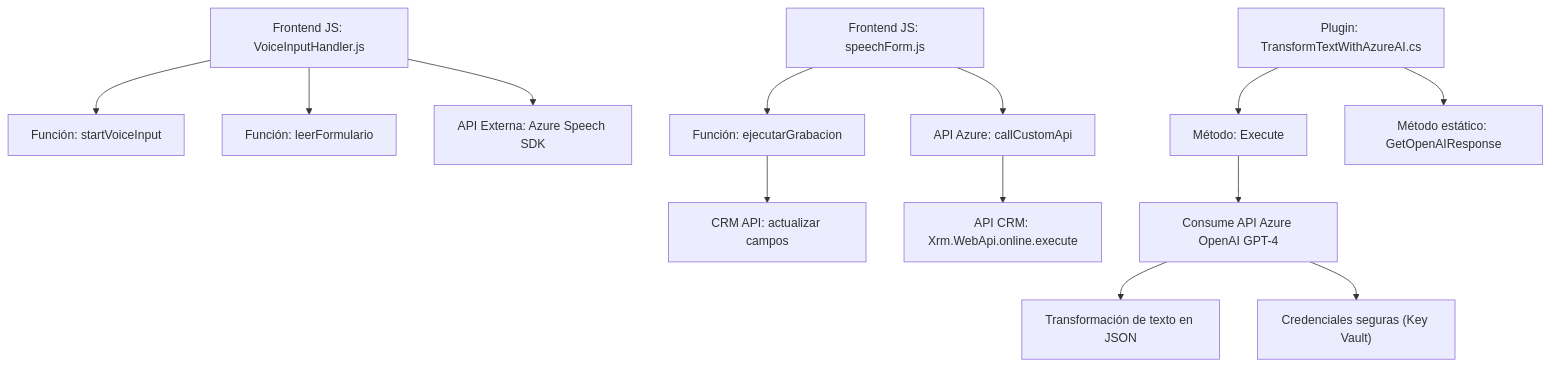
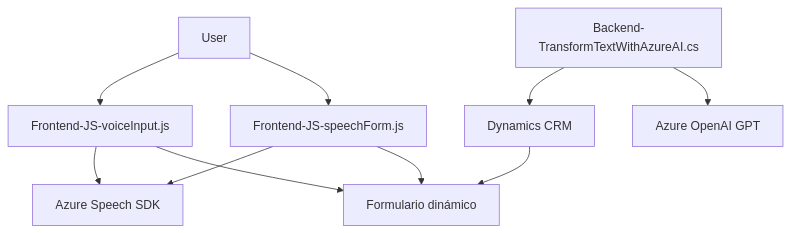
Before and after one commit to blopezdm/NETCORE_BILBAO2025: the diagram in README.md, drawn with Mermaid. The commit also changed other lines of this file, not shown here.

Commit message:
Actualizar análisis global de la solución con IA

````diff
--- a/README.md
+++ b/README.md
@@ -39,15 +23,21 @@
 ```mermaid
 graph TD
-    A["Frontend JS: VoiceInputHandler.js"] --> B["Función: startVoiceInput"]
-    A["Frontend JS: VoiceInputHandler.js"] --> C["Función: leerFormulario"]
-    D["Frontend JS: speechForm.js"] --> E["Función: ejecutarGrabacion"]
-    D["Frontend JS: speechForm.js"] --> F["API Azure: callCustomApi"]
-    G["Plugin: TransformTextWithAzureAI.cs"] --> H["Método: Execute"]
-    G["Plugin: TransformTextWithAzureAI.cs"] --> I["Método estático: GetOpenAIResponse"]
-    H --> J["Consume API Azure OpenAI GPT-4"]
-    J --> K["Transformación de texto en JSON"]
-    A --> L["API Externa: Azure Speech SDK"]
-    E --> M["CRM API: actualizar campos"]
-    F --> N["API CRM: Xrm.WebApi.online.execute"]
-    J --> O["Credenciales seguras (Key Vault)"]
+    A["Frontend-JS-voiceInput.js"]
+    B["Frontend-JS-speechForm.js"]
+    C["Azure Speech SDK"]
+    D["Dynamics CRM"]
+    E["Backend-TransformTextWithAzureAI.cs"]
+    F["Azure OpenAI GPT"]
+    G["User"]
+    H["Formulario dinámico"]
+
+    G --> A
+    G --> B
+    A --> C
+    B --> C
+    A --> H
+    B --> H
+    D --> H
+    E --> D
+    E --> F
 ```
````
